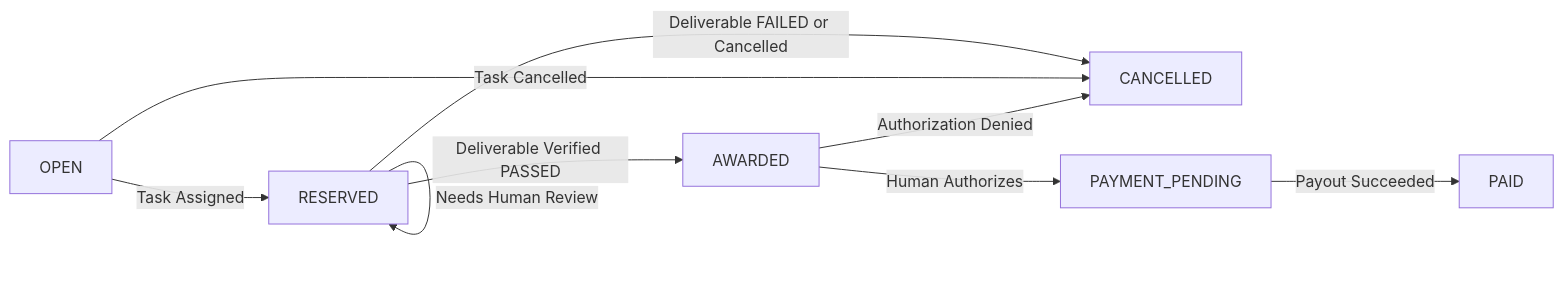
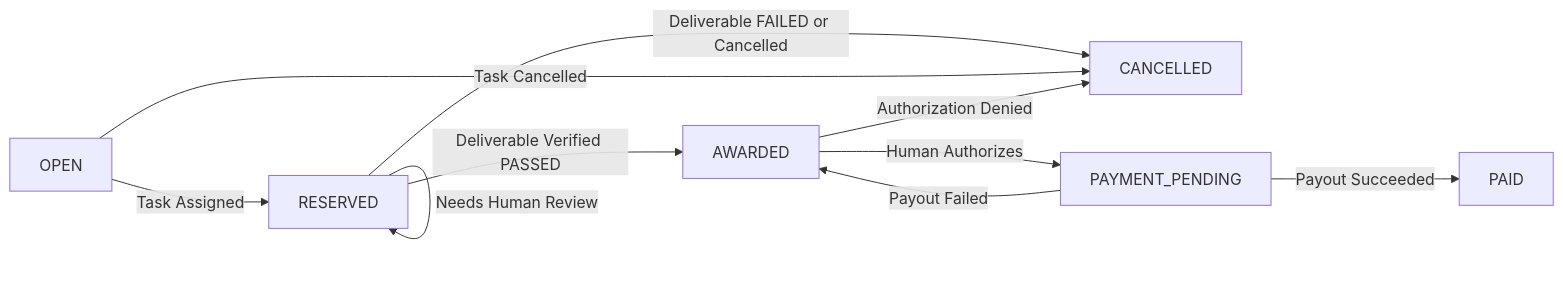
Before and after one commit to anuj14122007/Agent-Bounty: the second of 5 diagrams in docs/STATE_MACHINES.md, drawn with Mermaid. The commit also changed other lines of this file and 26 other files, not shown here.

````diff
--- a/docs/STATE_MACHINES.md
+++ b/docs/STATE_MACHINES.md
@@ -52,11 +52,12 @@
 ```mermaid
 flowchart LR
     OPEN -->|Task Assigned| RESERVED
     RESERVED -->|Deliverable Verified PASSED| AWARDED
     RESERVED -->|Deliverable FAILED or Cancelled| CANCELLED
     RESERVED -->|Needs Human Review| RESERVED
     AWARDED -->|Human Authorizes| PAYMENT_PENDING
     PAYMENT_PENDING -->|Payout Succeeded| PAID
+    PAYMENT_PENDING -->|Payout Failed| AWARDED
     OPEN -->|Task Cancelled| CANCELLED
     AWARDED -->|Authorization Denied| CANCELLED
 ```
````
